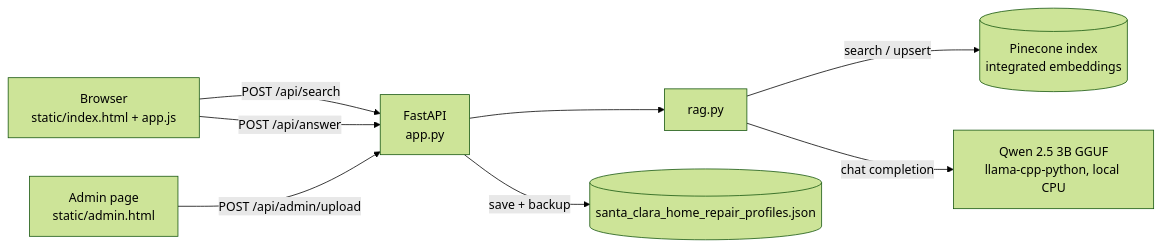
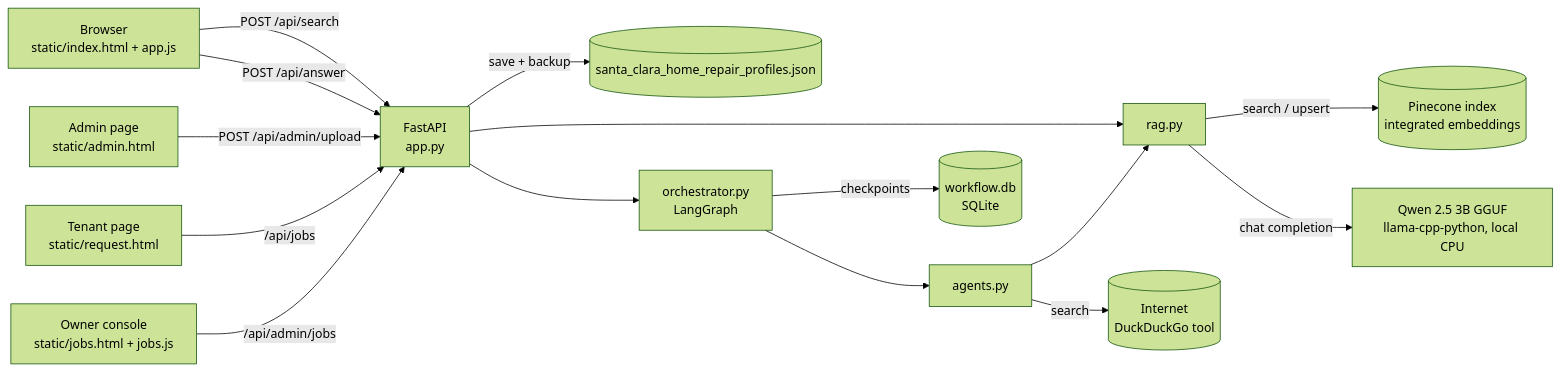
One commit to programmer11/FixIT-Pro changed the first of 2 diagrams in docs/architecture.md. Above: the diagram before and after it, drawn with Mermaid (forest theme). The commit also changed other lines of this file and 9 other files, not shown here.

First line of the commit message:
Document the repair request workflow

````diff
--- a/docs/architecture.md
+++ b/docs/architecture.md
@@ -7,10 +10,17 @@
 ```mermaid
 flowchart LR
     U[Browser<br/>static/index.html + app.js] -->|POST /api/search| A[FastAPI<br/>app.py]
     U -->|POST /api/answer| A
     AD[Admin page<br/>static/admin.html] -->|POST /api/admin/upload| A
     A --> R[rag.py]
     R -->|search / upsert| P[(Pinecone index<br/>integrated embeddings)]
     R -->|chat completion| Q[Qwen 2.5 3B GGUF<br/>llama-cpp-python, local CPU]
     A -->|save + backup| F[(santa_clara_home_repair_profiles.json)]
+    TP[Tenant page<br/>static/request.html] -->|/api/jobs| A
+    OC[Owner console<br/>static/jobs.html + jobs.js] -->|/api/admin/jobs| A
+    A --> O[orchestrator.py<br/>LangGraph]
+    O --> AG[agents.py]
+    AG --> R
+    AG -->|search| W[(Internet<br/>DuckDuckGo tool)]
+    O -->|checkpoints| DB[(workflow.db<br/>SQLite)]
 ```
````
